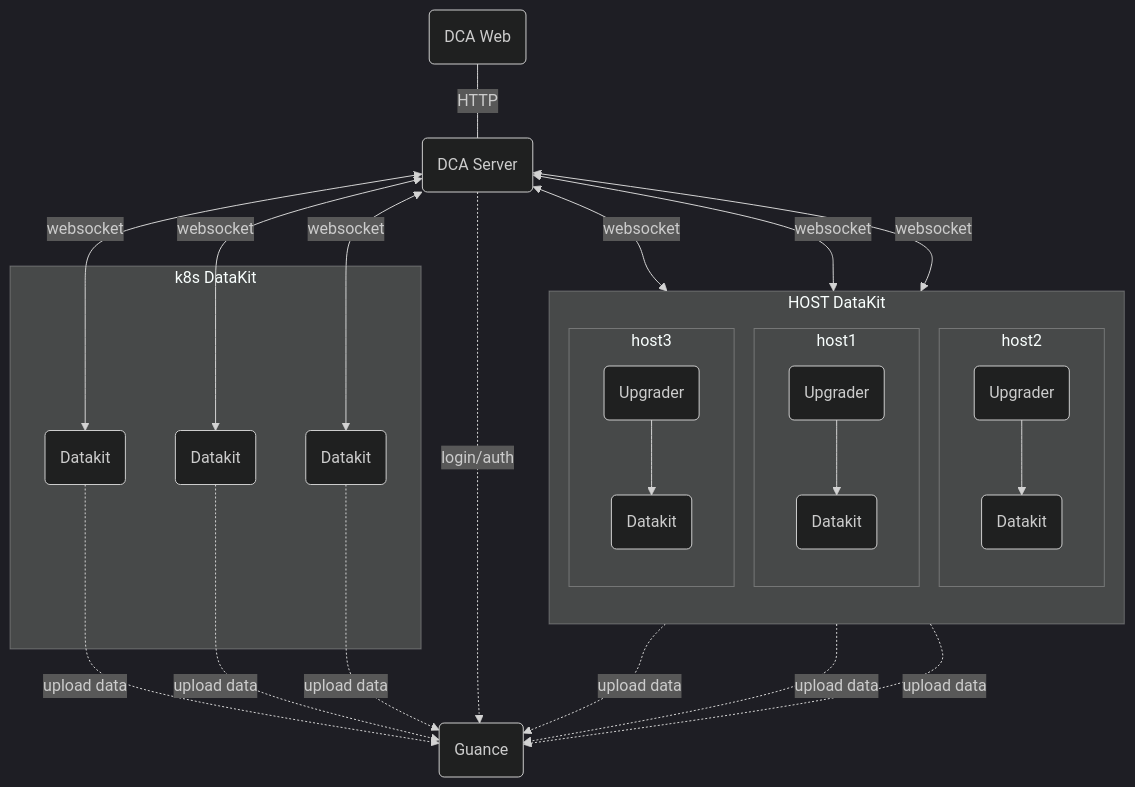
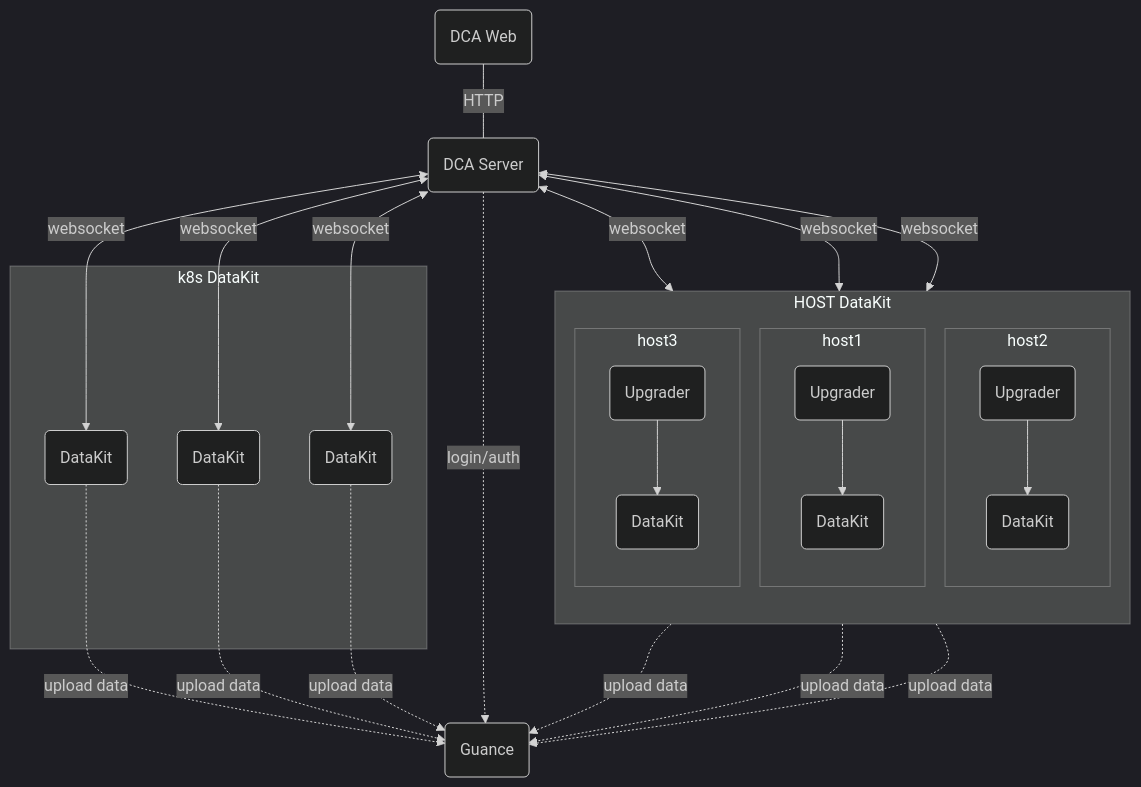
One commit to GuanceCloud/datakit changed the diagram in internal/export/doc/en/dca.md. Above: the diagram before and after it, drawn with Mermaid (dark theme). The commit also changed other lines of this file and 1 other file, not shown here.

````diff
--- a/internal/export/doc/en/dca.md
+++ b/internal/export/doc/en/dca.md
@@ -16,47 +16,47 @@
 ```mermaid
 flowchart TB;
 
 dca_server(DCA Server);
 dca_web(DCA Web);
 dk_upgrader1(Upgrader);
 dk_upgrader2(Upgrader);
 dk_upgrader3(Upgrader);
-dk1(Datakit);
-dk2(Datakit);
-dk3(Datakit);
-k8s_dk1(Datakit);
-k8s_dk2(Datakit);
-k8s_dk3(Datakit);
+dk1(DataKit);
+dk2(DataKit);
+dk3(DataKit);
+k8s_dk1(DataKit);
+k8s_dk2(DataKit);
+k8s_dk3(DataKit);
 guance(Guance);
 
 subgraph HOST DataKit
     direction TB;
     subgraph host_sub1 ["host1"]
         dk_upgrader1 --> dk1;         
     end
     subgraph host_sub2 ["host2"]
         dk_upgrader2 --> dk2;    
     end
     subgraph host_sub3 ["host3"]
         dk_upgrader3 --> dk3;       
     end
 end
 
 subgraph k8s DataKit
  k8s_dk1
  k8s_dk2
  k8s_dk3
 end
     
 dk1 -.-> |upload data|guance;
 dk2 -.-> |upload data|guance;
 dk3 -.-> |upload data|guance;
 k8s_dk1 -.-> |upload data|guance;
 k8s_dk2 -.-> |upload data|guance;
 k8s_dk3 -.-> |upload data|guance;
 
 dca_server <--> |websocket| dk_upgrader1 & dk_upgrader2 & dk_upgrader3 & k8s_dk1 & k8s_dk2 & k8s_dk3
 dca_web -- HTTP --- dca_server;
 
 dca_server -.-> |login/auth| guance;
 ```
````
